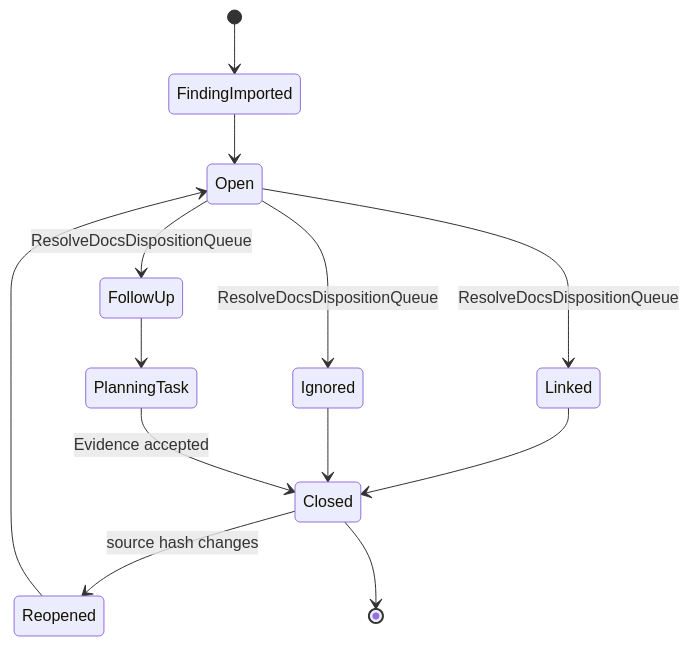
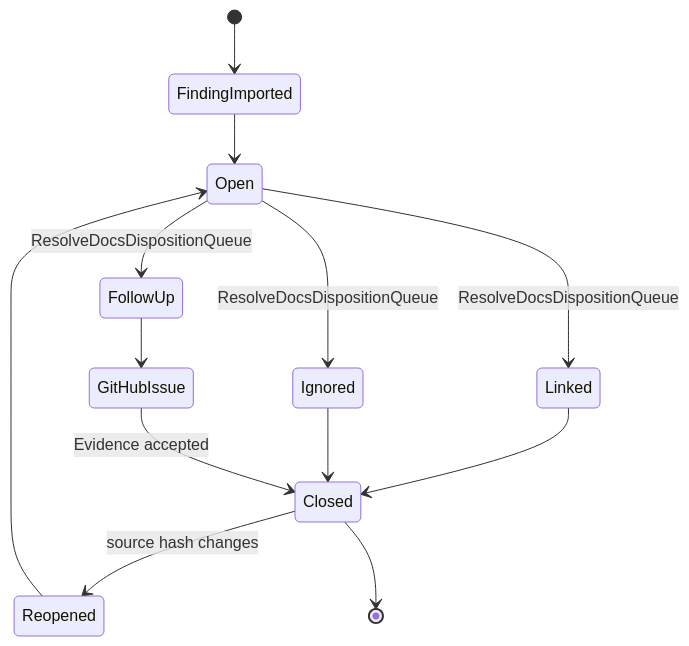
Before and after one commit to dunay2/dvt: the first of 2 diagrams in docs/architecture/components/ci-governance/docs-disposition-canon-component.md, drawn with Mermaid. The commit also changed other lines of this file and 145 other files, not shown here.

````diff
--- a/docs/architecture/components/ci-governance/docs-disposition-canon-component.md
+++ b/docs/architecture/components/ci-governance/docs-disposition-canon-component.md
@@ -35,15 +88,15 @@
 ```mermaid
 stateDiagram-v2
   [*] --> FindingImported
   FindingImported --> Open
   Open --> Linked: ResolveDocsDispositionQueue
   Open --> Ignored: ResolveDocsDispositionQueue
   Open --> FollowUp: ResolveDocsDispositionQueue
   Linked --> Closed
   Ignored --> Closed
-  FollowUp --> PlanningTask
-  PlanningTask --> Closed: Evidence accepted
+  FollowUp --> GitHubIssue
+  GitHubIssue --> Closed: Evidence accepted
   Closed --> Reopened: source hash changes
   Reopened --> Open
   Closed --> [*]
 ```
````
